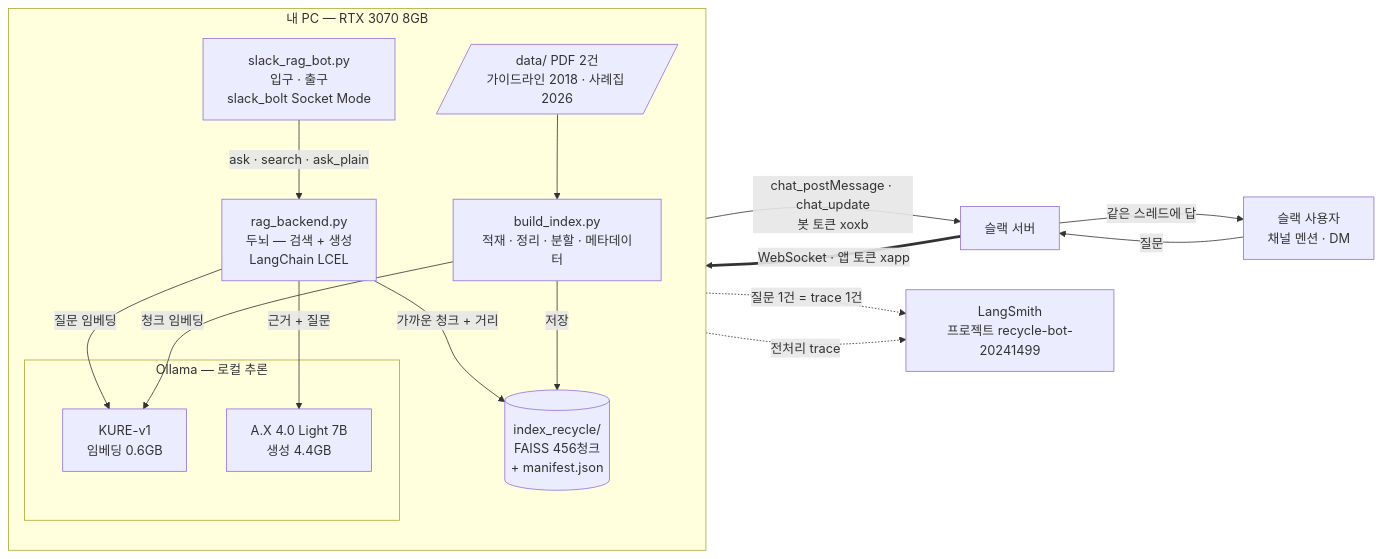
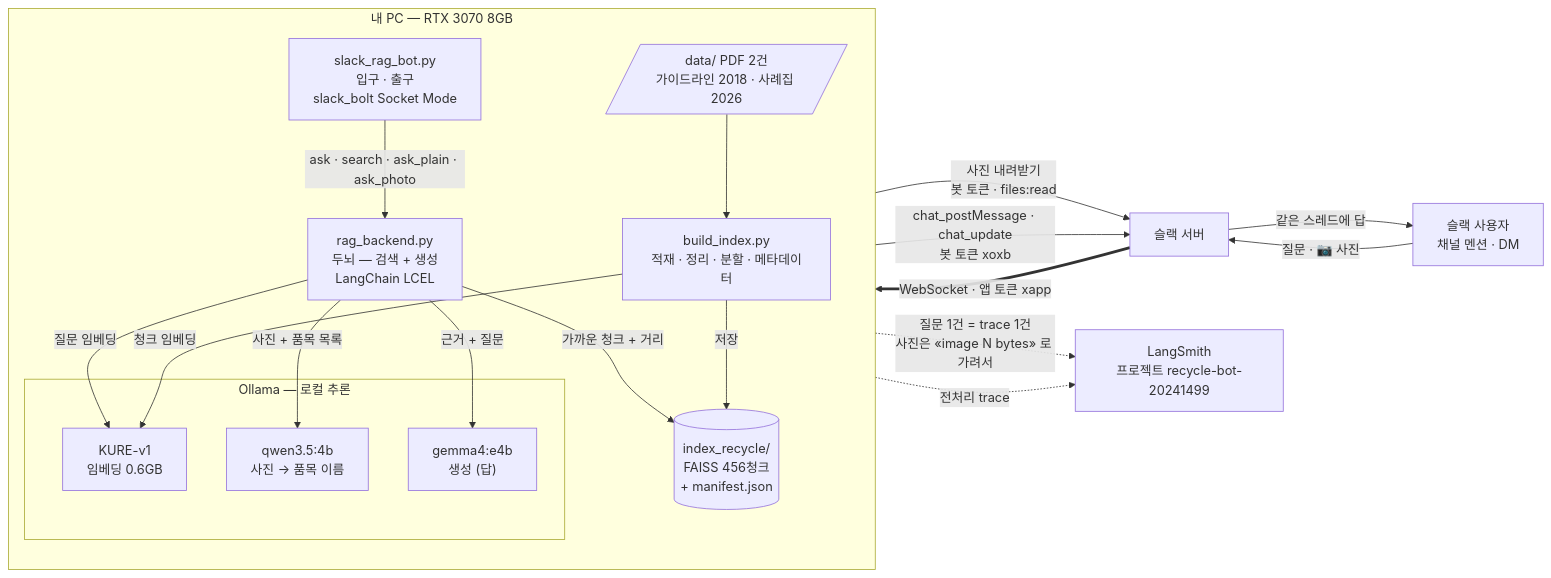
Before and after one commit to Jinseok2419342/recycle-rag-slack-bot: the first of 10 diagrams in docs/architecture.md, drawn with Mermaid. The commit also changed other lines of this file and 37 other files, not shown here.

First line of the commit message:
생성 gemma4:e4b + 사진 qwen3.5:4b(pick) 채택 · 문서를 새 구성 기준으로 다시 씀

````diff
--- a/docs/architecture.md
+++ b/docs/architecture.md
@@ -26,36 +26,39 @@
 ```mermaid
 flowchart LR
     user["슬랙 사용자<br/>채널 멘션 · DM"]
     slack["슬랙 서버"]
 
     subgraph pc["내 PC — RTX 3070 8GB"]
         direction TB
         bot["slack_rag_bot.py<br/>입구 · 출구<br/>slack_bolt Socket Mode"]
         brain["rag_backend.py<br/>두뇌 — 검색 + 생성<br/>LangChain LCEL"]
         index[("index_recycle/<br/>FAISS 456청크<br/>+ manifest.json")]
         subgraph ollama["Ollama — 로컬 추론"]
             emb["KURE-v1<br/>임베딩 0.6GB"]
-            llm["A.X 4.0 Light 7B<br/>생성 4.4GB"]
+            llm["gemma4:e4b<br/>생성 (답)"]
+            vis["qwen3.5:4b<br/>사진 → 품목 이름"]
         end
         build["build_index.py<br/>적재 · 정리 · 분할 · 메타데이터"]
         pdf[/"data/ PDF 2건<br/>가이드라인 2018 · 사례집 2026"/]
     end
 
     langsmith["LangSmith<br/>프로젝트 recycle-bot-20241499"]
 
-    user -- "질문" --> slack
+    user -- "질문 · 📷 사진" --> slack
     slack == "WebSocket · 앱 토큰 xapp" ==> bot
-    bot -- "ask · search · ask_plain" --> brain
+    bot -- "사진 내려받기<br/>봇 토큰 · files:read" --> slack
+    bot -- "ask · search · ask_plain · ask_photo" --> brain
+    brain -- "사진 + 품목 목록" --> vis
     brain -- "질문 임베딩" --> emb
     brain -- "가까운 청크 + 거리" --> index
     brain -- "근거 + 질문" --> llm
     bot -- "chat_postMessage · chat_update<br/>봇 토큰 xoxb" --> slack
     slack -- "같은 스레드에 답" --> user
 
     pdf --> build
     build -- "청크 임베딩" --> emb
     build -- "저장" --> index
 
-    brain -. "질문 1건 = trace 1건" .-> langsmith
+    brain -. "질문 1건 = trace 1건<br/>사진은 «image N bytes» 로 가려서" .-> langsmith
     build -. "전처리 trace" .-> langsmith
 ```
````
